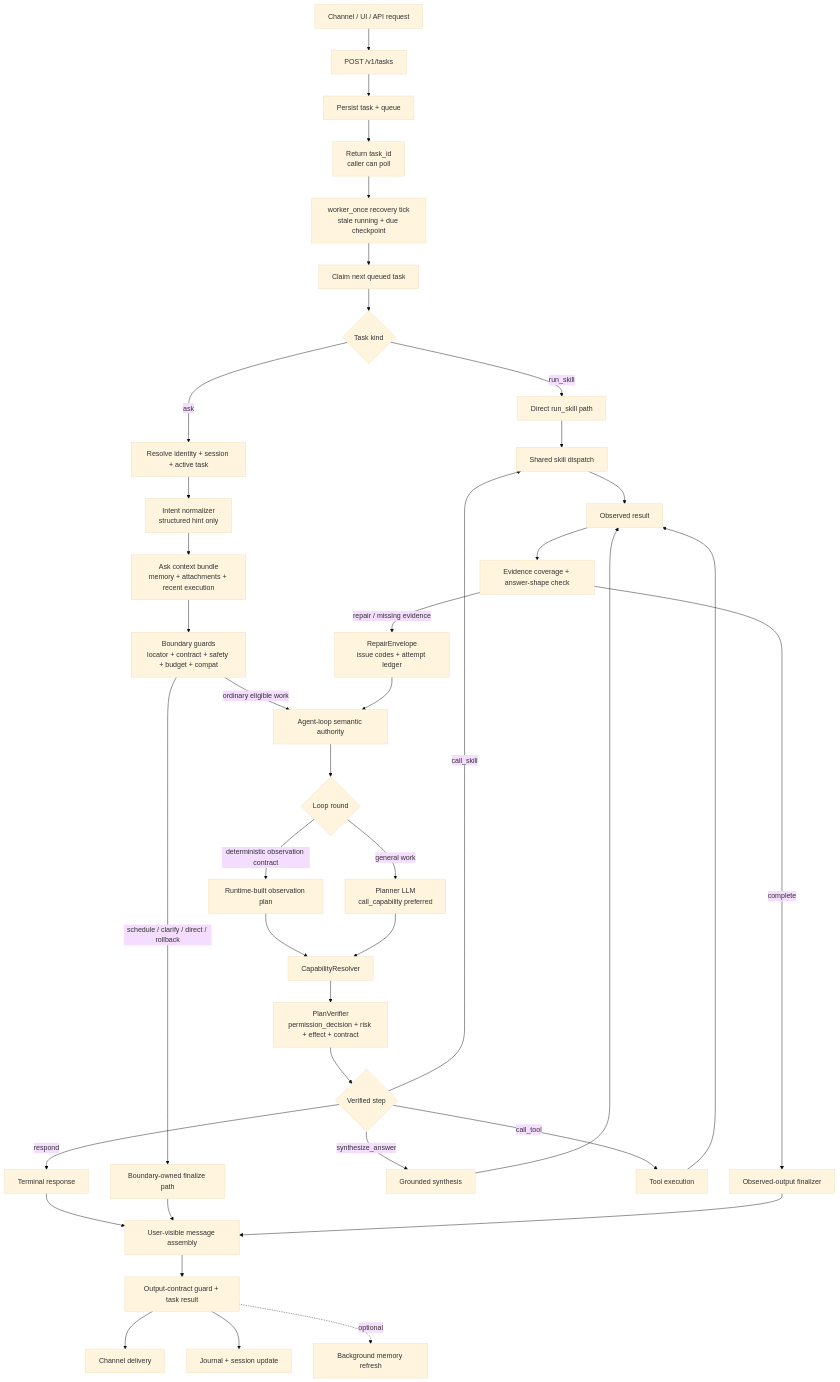
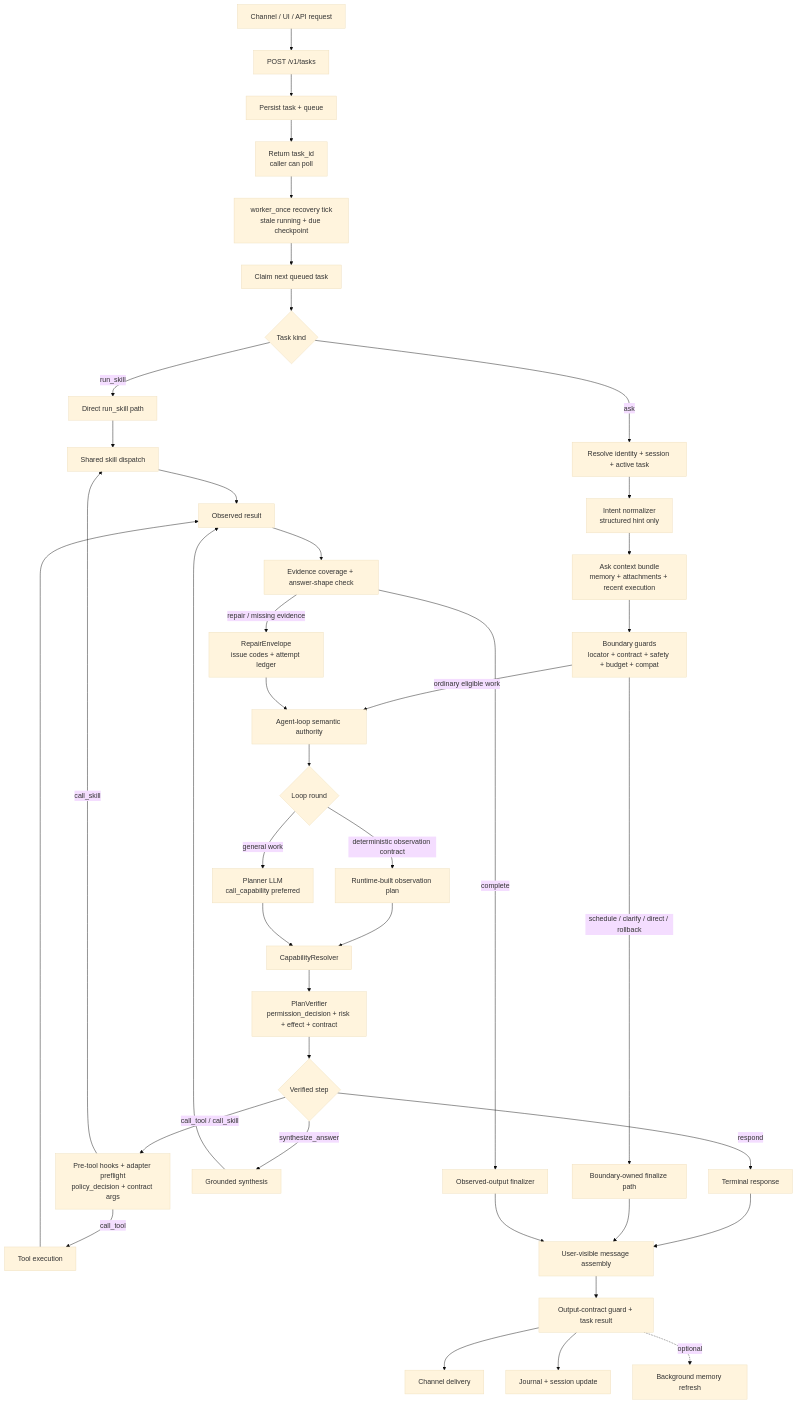
The first of 3 diagrams in README.md (MatrixCoreX/RustClaw), drawn with Mermaid (base theme) before and after one commit. The commit also changed other lines of this file, not shown here.

Commit message:
Update README execution flow

````diff
--- a/README.md
+++ b/README.md
@@ -28,42 +28,43 @@
 ```mermaid
 flowchart TD
     A[Channel / UI / API request] --> B[POST /v1/tasks]
     B --> C[Persist task + queue]
     C --> D[Return task_id<br/>caller can poll]
     D --> E0[worker_once recovery tick<br/>stale running + due checkpoint]
     E0 --> E1[Claim next queued task]
     E1 --> E{Task kind}
     E -->|run_skill| RS[Direct run_skill path]
     E -->|ask| F[Resolve identity + session + active task]
     F --> G[Intent normalizer<br/>structured hint only]
     G --> H[Ask context bundle<br/>memory + attachments + recent execution]
     H --> I[Boundary guards<br/>locator + contract + safety + budget + compat]
     I -->|ordinary eligible work| J[Agent-loop semantic authority]
     I -->|schedule / clarify / direct / rollback| K[Boundary-owned finalize path]
     J --> L{Loop round}
     L -->|deterministic observation contract| M[Runtime-built observation plan]
     L -->|general work| N[Planner LLM<br/>call_capability preferred]
     M --> O[CapabilityResolver]
     N --> O
     O --> P[PlanVerifier<br/>permission_decision + risk + effect + contract]
     P --> Q{Verified step}
     Q -->|respond| R[Terminal response]
     Q -->|synthesize_answer| S[Grounded synthesis]
-    Q -->|call_tool| T[Tool execution]
-    Q -->|call_skill| U[Shared skill dispatch]
+    Q -->|call_tool / call_skill| QP[Pre-tool hooks + adapter preflight<br/>policy_decision + contract args]
+    QP -->|call_tool| T[Tool execution]
+    QP -->|call_skill| U[Shared skill dispatch]
     RS --> U
     T --> V[Observed result]
     U --> V
     S --> V
     V --> W[Evidence coverage + answer-shape check]
     W -->|repair / missing evidence| WR[RepairEnvelope<br/>issue codes + attempt ledger]
     WR --> J
     W -->|complete| X[Observed-output finalizer]
     R --> Y[User-visible message assembly]
     K --> Y
     X --> Y
     Y --> Z[Output-contract guard + task result]
     Z --> AA[Channel delivery]
     Z --> AB[Journal + session update]
     Z -. optional .-> AC[Background memory refresh]
 ```
````
